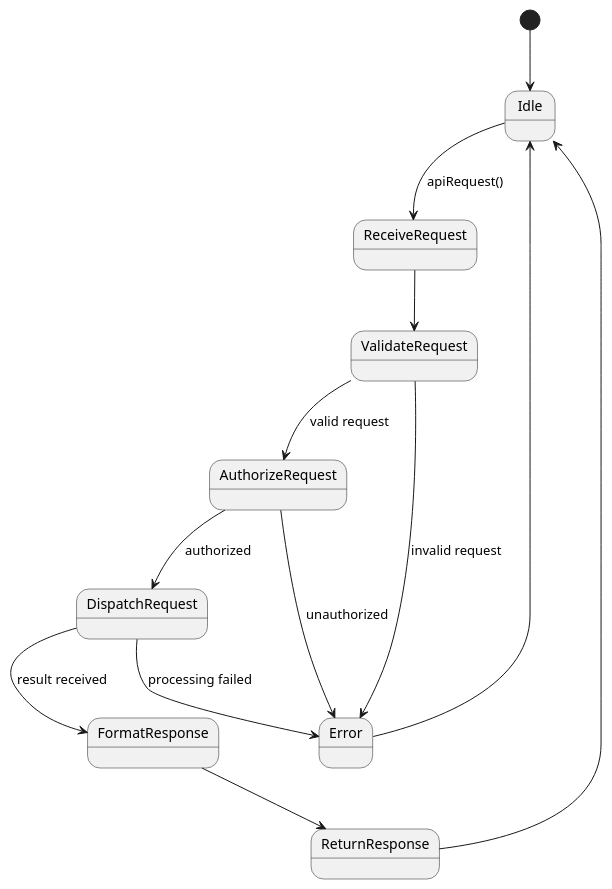
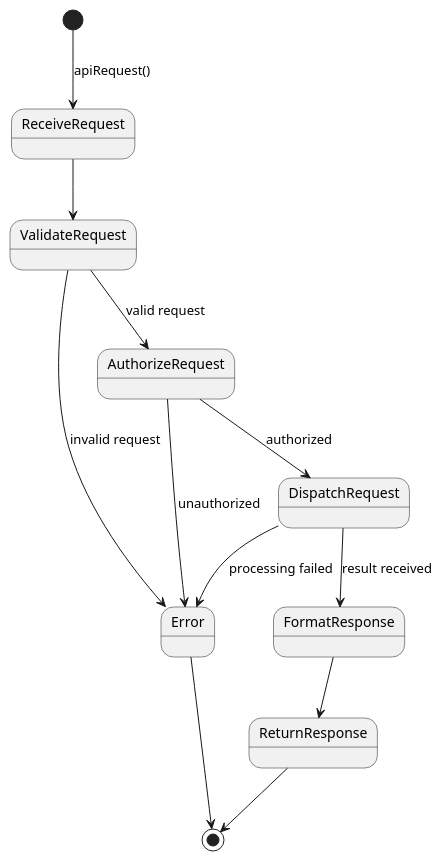
Before and after one commit to harmanpreet-sagar/SFWRENG-3A04-Group6-T01: the diagram in docs/diagrams/plantuml/state/api_facade_state.puml, drawn with PlantUML. The commit also changed 4 other files, not shown here.

Commit message:
fix: Error and success states go to end state and not back to idle

```diff
--- a/docs/diagrams/plantuml/state/api_facade_state.puml
+++ b/docs/diagrams/plantuml/state/api_facade_state.puml
@@ -1,22 +1,20 @@
 @startuml api_facade_state
 
-[*] --> Idle
-
-Idle --> ReceiveRequest : apiRequest()
+[*] --> ReceiveRequest : apiRequest()
 ReceiveRequest --> ValidateRequest
 
 ValidateRequest --> Error : invalid request
 ValidateRequest --> AuthorizeRequest : valid request
 
 AuthorizeRequest --> Error : unauthorized
 AuthorizeRequest --> DispatchRequest : authorized
 
 DispatchRequest --> FormatResponse : result received
 DispatchRequest --> Error : processing failed
 
 FormatResponse --> ReturnResponse
-ReturnResponse --> Idle
+ReturnResponse --> [*]
 
-Error --> Idle
+Error --> [*]
 
 @enduml
```
